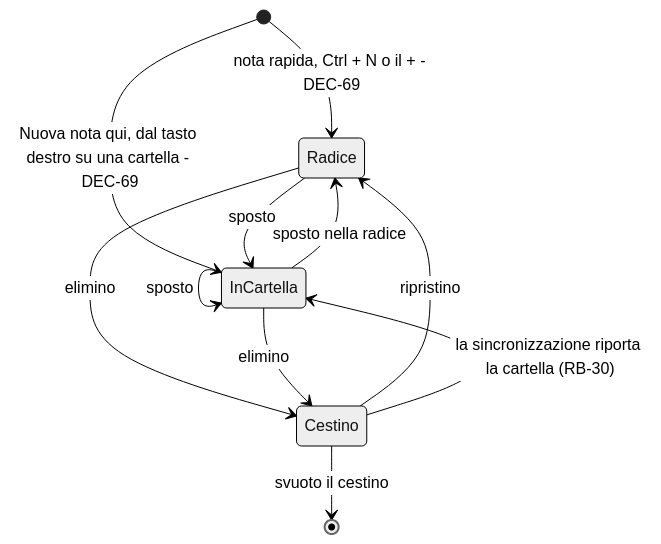
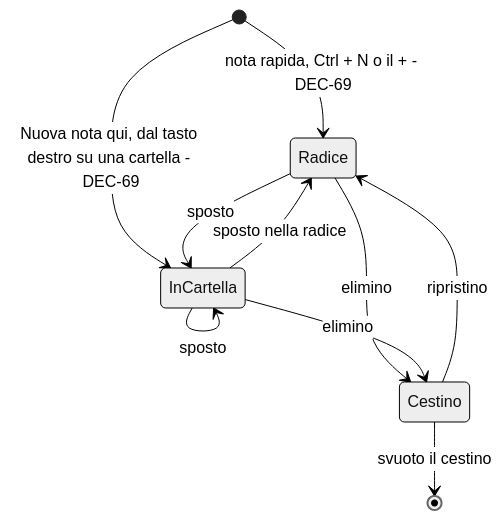
The third of 3 diagrams in docs/moduli/organizzazione/2-flussi.md (Helmutsti/MemoDu), drawn with Mermaid (neutral theme) before and after one commit. The commit also changed other lines of this file and 27 other files, not shown here.

````diff
--- a/docs/moduli/organizzazione/2-flussi.md
+++ b/docs/moduli/organizzazione/2-flussi.md
@@ -113,13 +113,12 @@
 ```mermaid
 stateDiagram-v2
     [*] --> Radice: nota rapida, Ctrl + N o il + - DEC-69
     [*] --> InCartella: Nuova nota qui, dal tasto destro su una cartella - DEC-69
     Radice --> InCartella: sposto
     InCartella --> InCartella: sposto
     InCartella --> Radice: sposto nella radice
     Radice --> Cestino: elimino
     InCartella --> Cestino: elimino
     Cestino --> Radice: ripristino
-    Cestino --> InCartella: la sincronizzazione riporta la cartella (RB-30)
     Cestino --> [*]: svuoto il cestino
 ```
````
